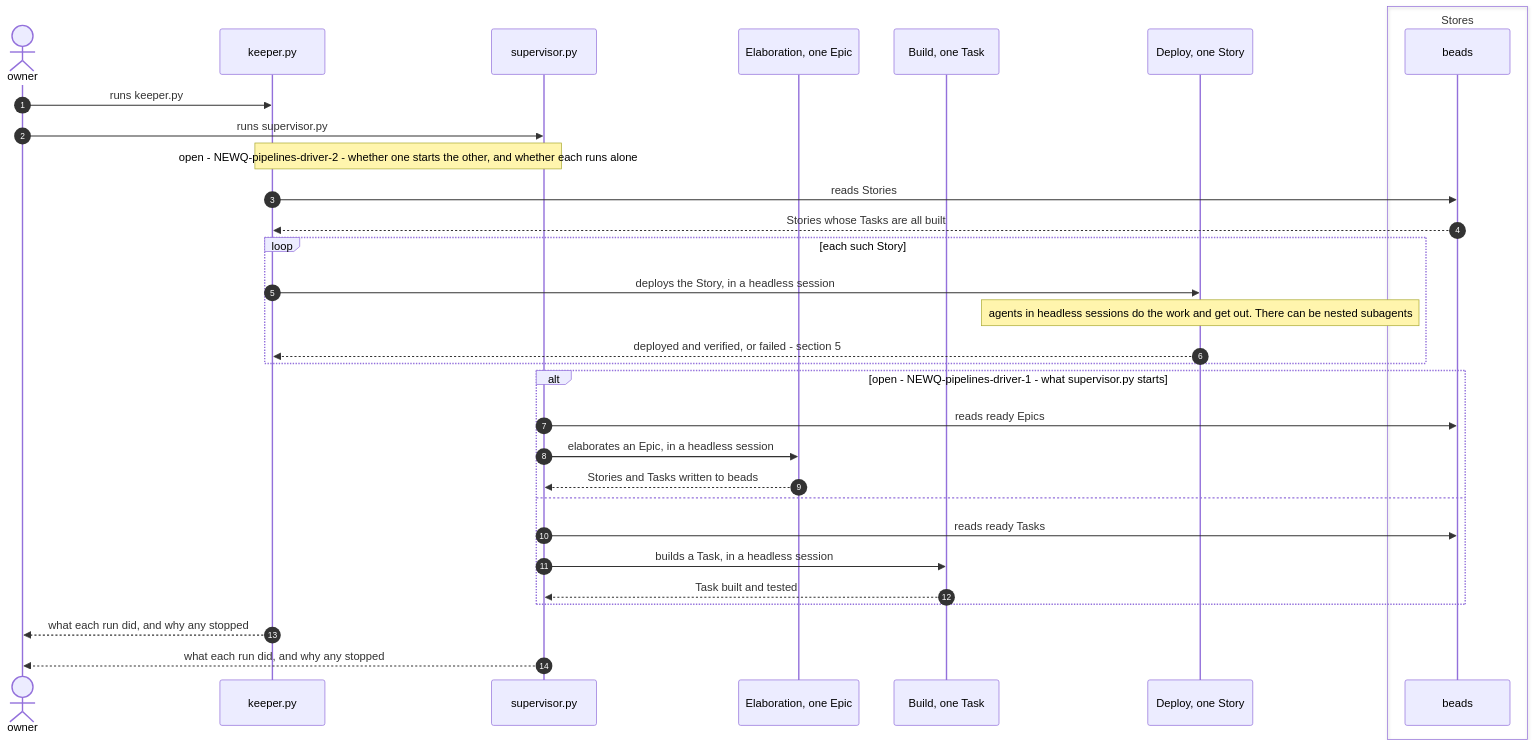
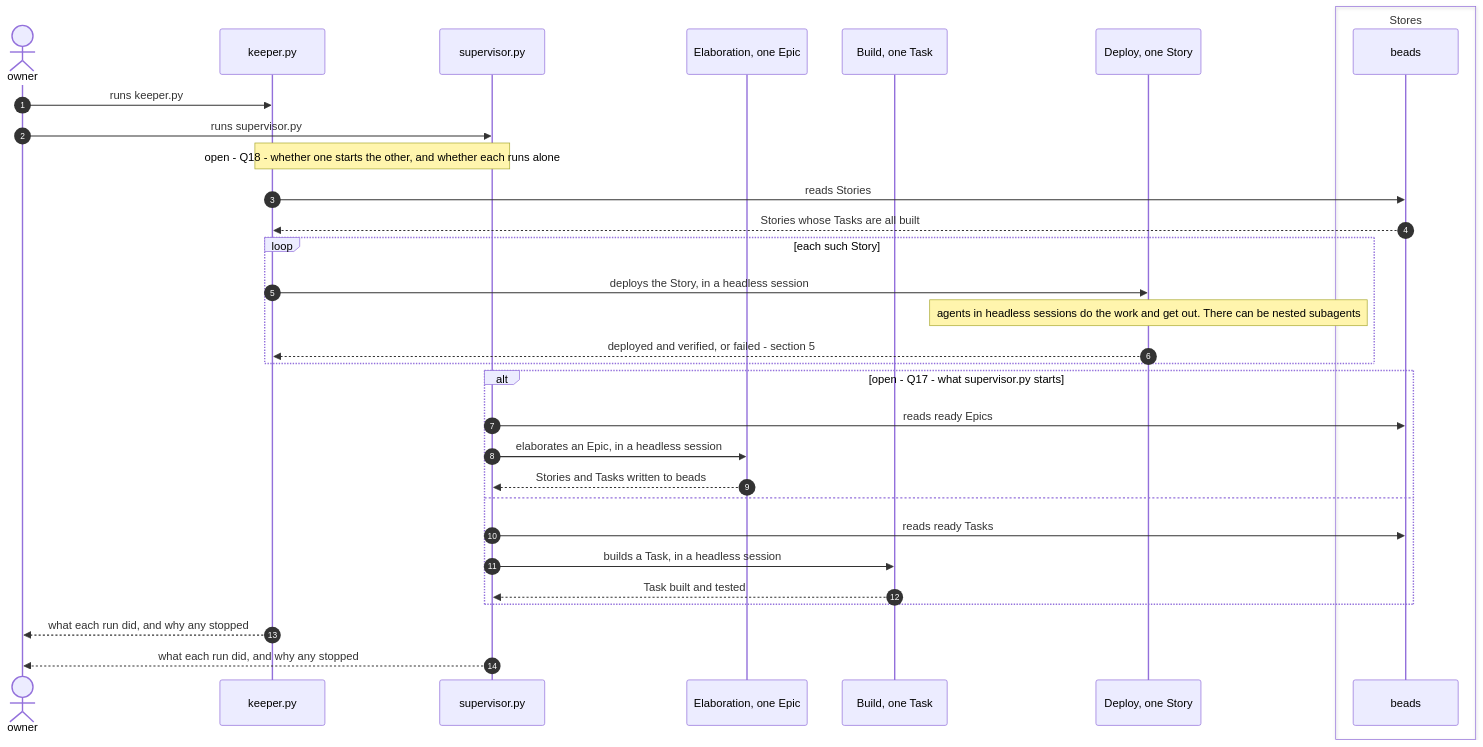
The first of 8 diagrams in plugins/agent-teams-workforce/blueprint/design/pipelines-driver.md (mark-satterfield/toolset), drawn with Mermaid before and after one commit. The commit also changed other lines of this file and 7 other files, not shown here.

First line of the commit message:
docs(blueprint): show PRD, build, deploy and driver pipelines only as the owner wants them

````diff
--- a/plugins/agent-teams-workforce/blueprint/design/pipelines-driver.md
+++ b/plugins/agent-teams-workforce/blueprint/design/pipelines-driver.md
@@ -54,35 +54,35 @@
 ```mermaid
 sequenceDiagram
     autonumber
     actor O as owner
     participant K as keeper.py
     participant S as supervisor.py
     participant EL as Elaboration, one Epic
     participant BU as Build, one Task
     participant DE as Deploy, one Story
     box Stores
         participant BD as beads
     end
 
     O->>K: runs keeper.py
     O->>S: runs supervisor.py
-    Note over K,S: open - NEWQ-pipelines-driver-2 - whether one starts the other, and whether each runs alone
+    Note over K,S: open - Q18 - whether one starts the other, and whether each runs alone
     K->>BD: reads Stories
     BD-->>K: Stories whose Tasks are all built
     loop each such Story
         K->>DE: deploys the Story, in a headless session
         Note over DE: agents in headless sessions do the work and get out. There can be nested subagents
         DE-->>K: deployed and verified, or failed - section 5
     end
-    alt open - NEWQ-pipelines-driver-1 - what supervisor.py starts
+    alt open - Q17 - what supervisor.py starts
         S->>BD: reads ready Epics
         S->>EL: elaborates an Epic, in a headless session
         EL-->>S: Stories and Tasks written to beads
     else
         S->>BD: reads ready Tasks
         S->>BU: builds a Task, in a headless session
         BU-->>S: Task built and tested
     end
     K-->>O: what each run did, and why any stopped
     S-->>O: what each run did, and why any stopped
 ```
````
